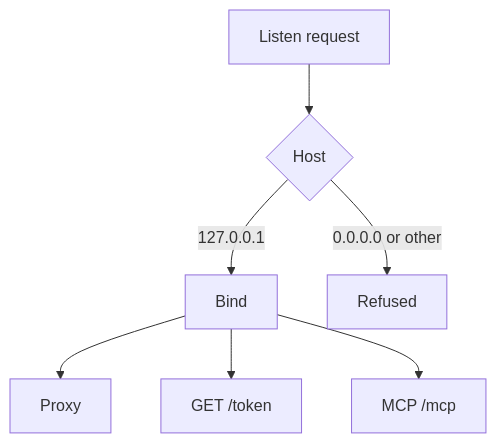
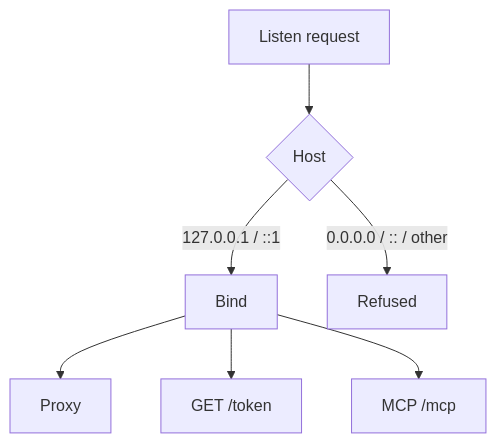
One commit to amr-m-abdelgawad/devctl changed the first of 3 diagrams in docs/security.md. Above: the diagram before and after it, drawn with Mermaid. The commit also changed other lines of this file and 26 other files, not shown here.

````diff
--- a/docs/security.md
+++ b/docs/security.md
@@ -42,9 +42,9 @@
 ```mermaid
 flowchart TB
   ask["Listen request"] --> host{"Host"}
-  host -->|127.0.0.1| ok["Bind"]
-  host -->|0.0.0.0 or other| refuse["Refused"]
+  host -->|127.0.0.1 / ::1| ok["Bind"]
+  host -->|0.0.0.0 / :: / other| refuse["Refused"]
   ok --> proxy["Proxy"]
   ok --> token["GET /token"]
   ok --> mcp["MCP /mcp"]
 ```
````
